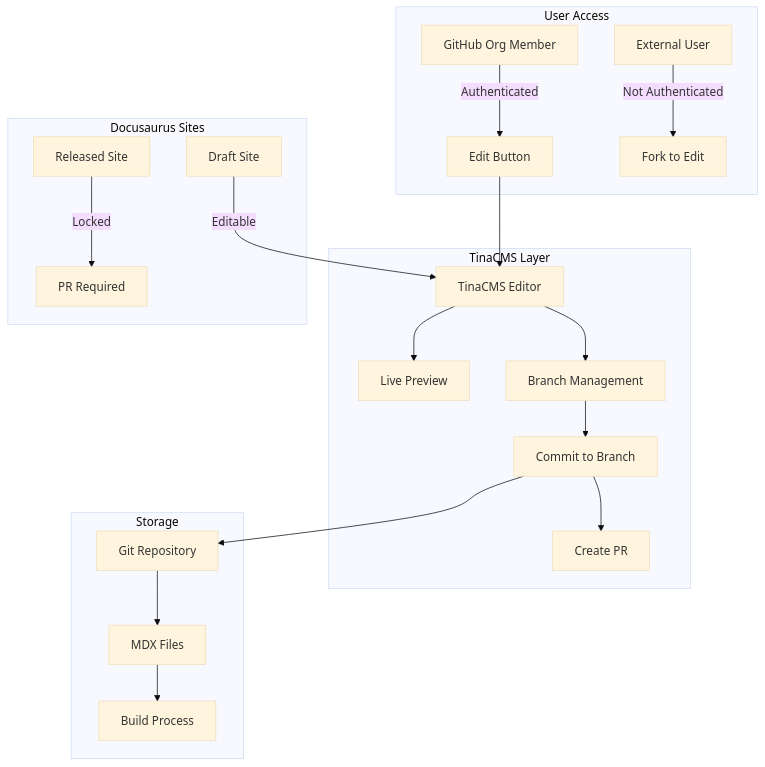
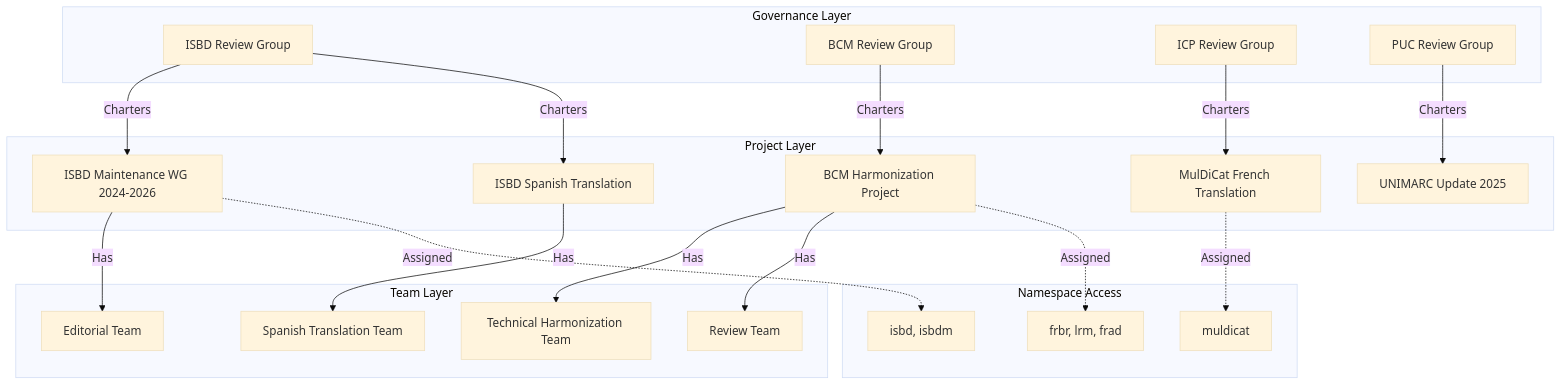
Before and after one commit to iflastandards/platform: the first of 3 diagrams in system-design-docs/09-collaboration-architecture.md, drawn with Mermaid (base theme). The commit also changed other lines of this file and 47 other files, not shown here.

````diff
--- a/system-design-docs/09-collaboration-architecture.md
+++ b/system-design-docs/09-collaboration-architecture.md
@@ -758,26 +24,30 @@
 ```mermaid
-graph TB
-    subgraph "User Access"
-        A[GitHub Org Member] -->|Authenticated| B[Edit Button]
-        C[External User] -->|Not Authenticated| D[Fork to Edit]
+graph TD
+    subgraph "Governance Layer"
+        RG1[ISBD Review Group]
+        RG2[BCM Review Group]
+        RG3[ICP Review Group]
+        RG4[PUC Review Group]
     end
     
-    subgraph "TinaCMS Layer"
-        B --> E[TinaCMS Editor]
-        E --> F[Live Preview]
-        E --> G[Branch Management]
-        G --> H[Commit to Branch]
-        H --> I[Create PR]
+    subgraph "Project Layer"
+        RG1 -->|Charters| P1[ISBD Maintenance WG 2024-2026]
+        RG1 -->|Charters| P2[ISBD Spanish Translation]
+        RG2 -->|Charters| P3[BCM Harmonization Project]
+        RG3 -->|Charters| P4[MulDiCat French Translation]
+        RG4 -->|Charters| P5[UNIMARC Update 2025]
     end
     
-    subgraph "Docusaurus Sites"
-        J[Draft Site] -->|Editable| E
-        K[Released Site] -->|Locked| L[PR Required]
+    subgraph "Team Layer"
+        P1 -->|Has| T1[Editorial Team]
+        P2 -->|Has| T2[Spanish Translation Team]
+        P3 -->|Has| T3[Technical Harmonization Team]
+        P3 -->|Has| T4[Review Team]
     end
     
-    subgraph "Storage"
-        H --> M[Git Repository]
-        M --> N[MDX Files]
-        N --> O[Build Process]
+    subgraph "Namespace Access"
+        P1 -.->|Assigned| NS1[isbd, isbdm]
+        P3 -.->|Assigned| NS2[frbr, lrm, frad]
+        P4 -.->|Assigned| NS3[muldicat]
     end
 ```
````
